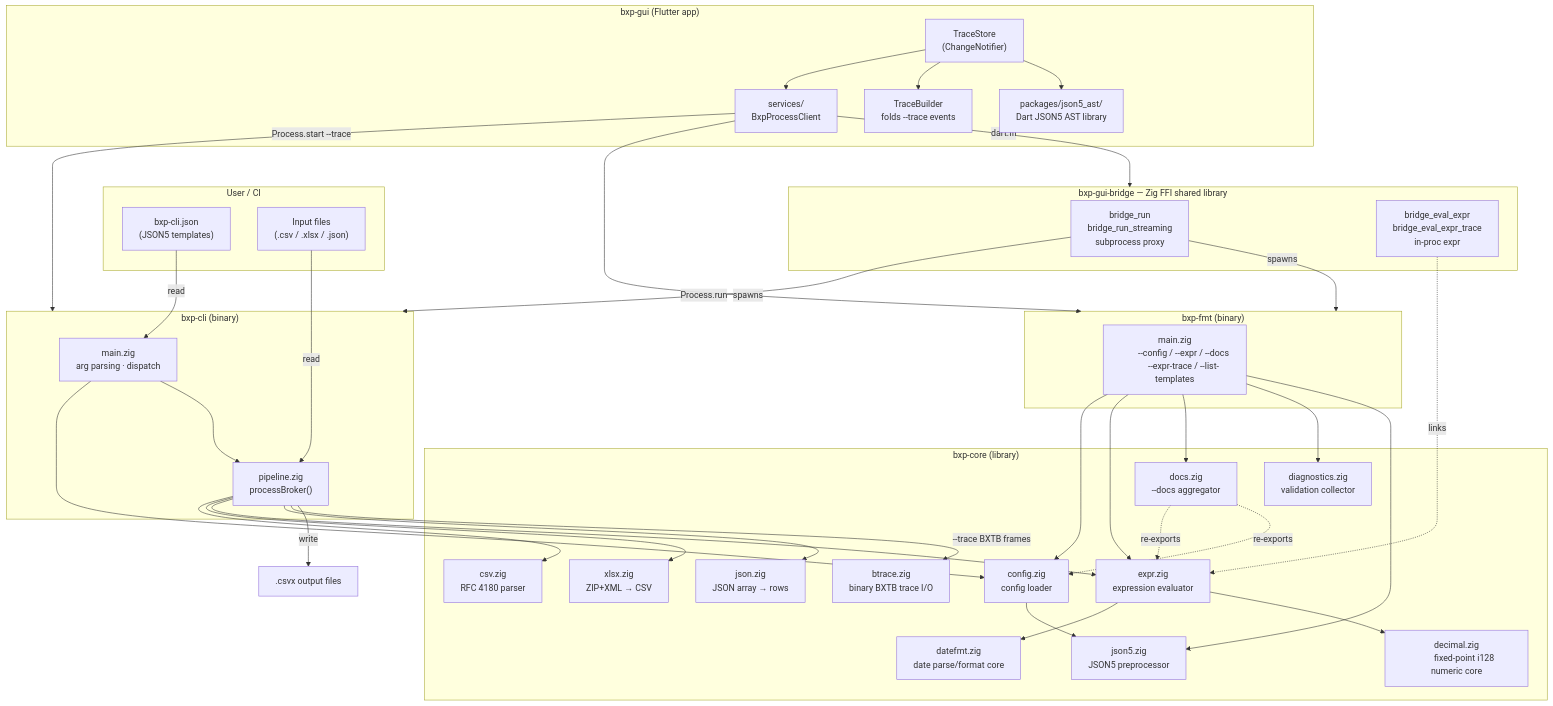
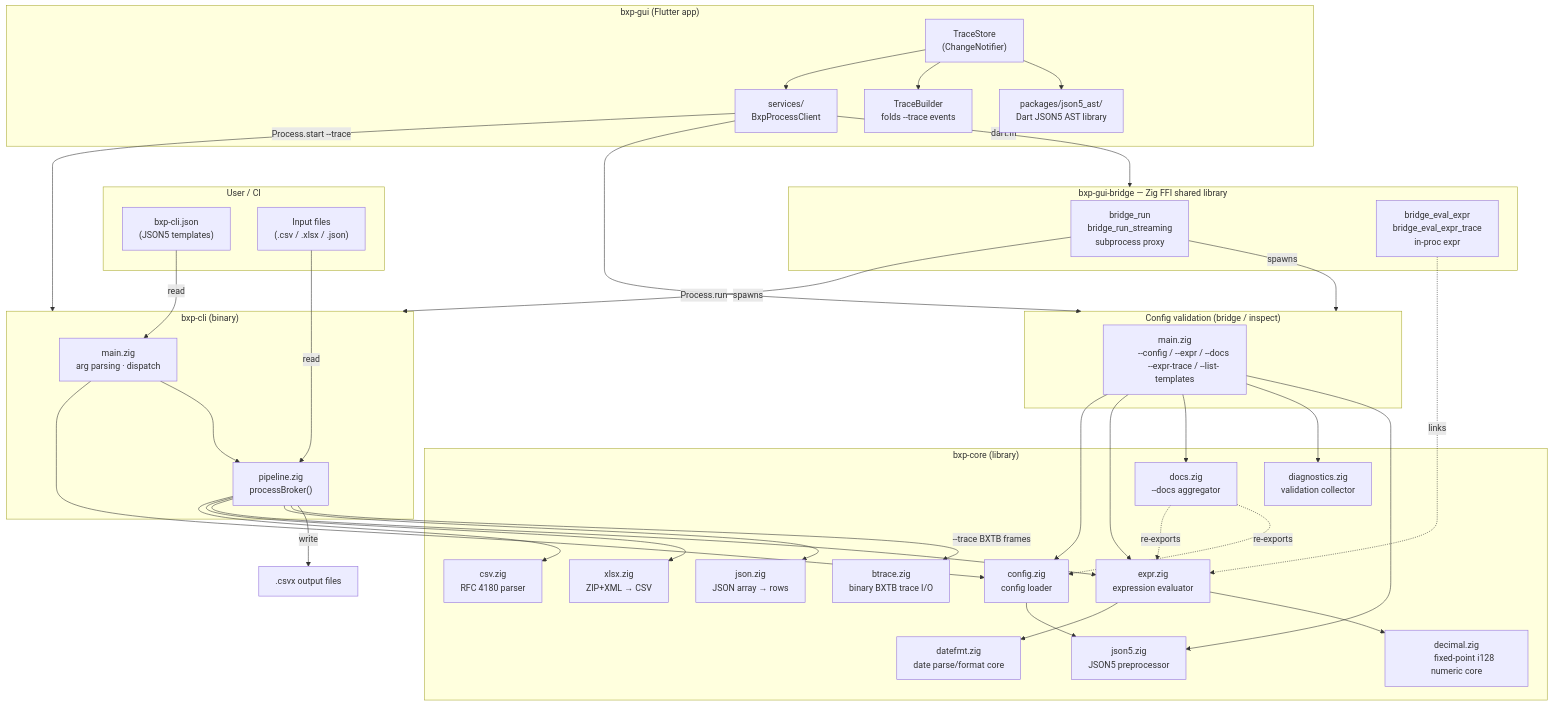
The first of 17 diagrams in docs/architecture.md (zaxified/bxp), drawn with Mermaid before and after one commit. The commit also changed other lines of this file and 7 other files, not shown here.

First line of the commit message:
docs: rewrite developer + user docs off bxp-fmt onto inspect/mcp/bridge

```diff
--- a/docs/architecture.md
+++ b/docs/architecture.md
@@ -62,7 +62,7 @@
         processBroker()"]
     end
 
-    subgraph FMT["bxp-fmt (binary)"]
+    subgraph FMT["Config validation (bridge / inspect)"]
         FMTMAIN["main.zig
         --config / --expr / --docs
         --expr-trace / --list-templates"]
```
